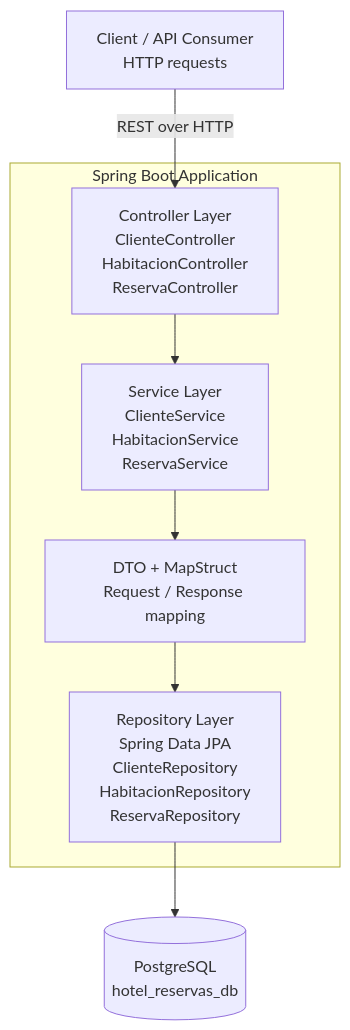
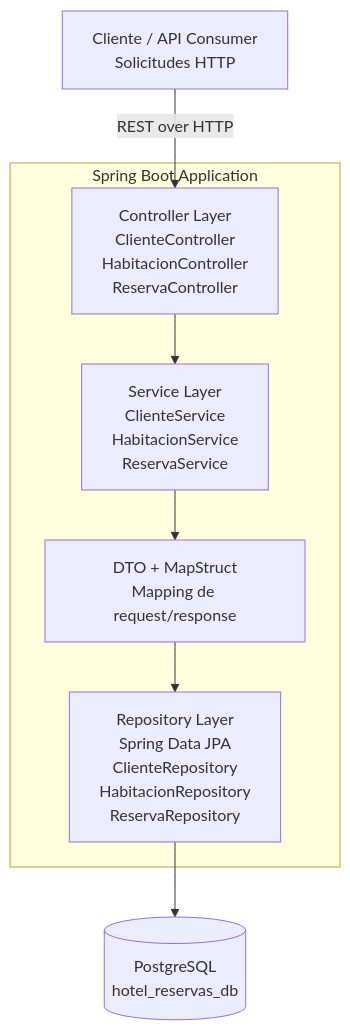
The diagram in README.md (oskar-ortiz/HotelSpringBoot_V1), drawn with Mermaid before and after one commit. The commit also changed other lines of this file, not shown here.

Commit message:
docs: standardize repository documentation to Spanish enterprise standard and remove redundant diagrams

````diff
--- a/README.md
+++ b/README.md
@@ -13,29 +12,16 @@
 ```mermaid
 flowchart TD
-    Client[Client / API Consumer
-HTTP requests] -->|REST over HTTP| Controller[Controller Layer
-ClienteController
-HabitacionController
-ReservaController]
+    Cliente[Cliente / API Consumer<br/>Solicitudes HTTP] -->|REST over HTTP| Controller[Controller Layer<br/>ClienteController<br/>HabitacionController<br/>ReservaController]
 
-    Controller --> Service[Service Layer
-ClienteService
-HabitacionService
-ReservaService]
-    Service --> Mapper[DTO + MapStruct
-Request / Response mapping]
-    Mapper --> Repository[Repository Layer
-Spring Data JPA
-ClienteRepository
-HabitacionRepository
-ReservaRepository]
-    Repository --> DB[(PostgreSQL
-hotel_reservas_db)]
+    Controller --> Service[Service Layer<br/>ClienteService<br/>HabitacionService<br/>ReservaService]
+    Service --> Mapper[DTO + MapStruct<br/>Mapping de request/response]
+    Mapper --> Repository[Repository Layer<br/>Spring Data JPA<br/>ClienteRepository<br/>HabitacionRepository<br/>ReservaRepository]
+    Repository --> DB[(PostgreSQL<br/>hotel_reservas_db)]
 
     subgraph App[Spring Boot Application]
         Controller
         Service
         Mapper
         Repository
     end
 ```
````
